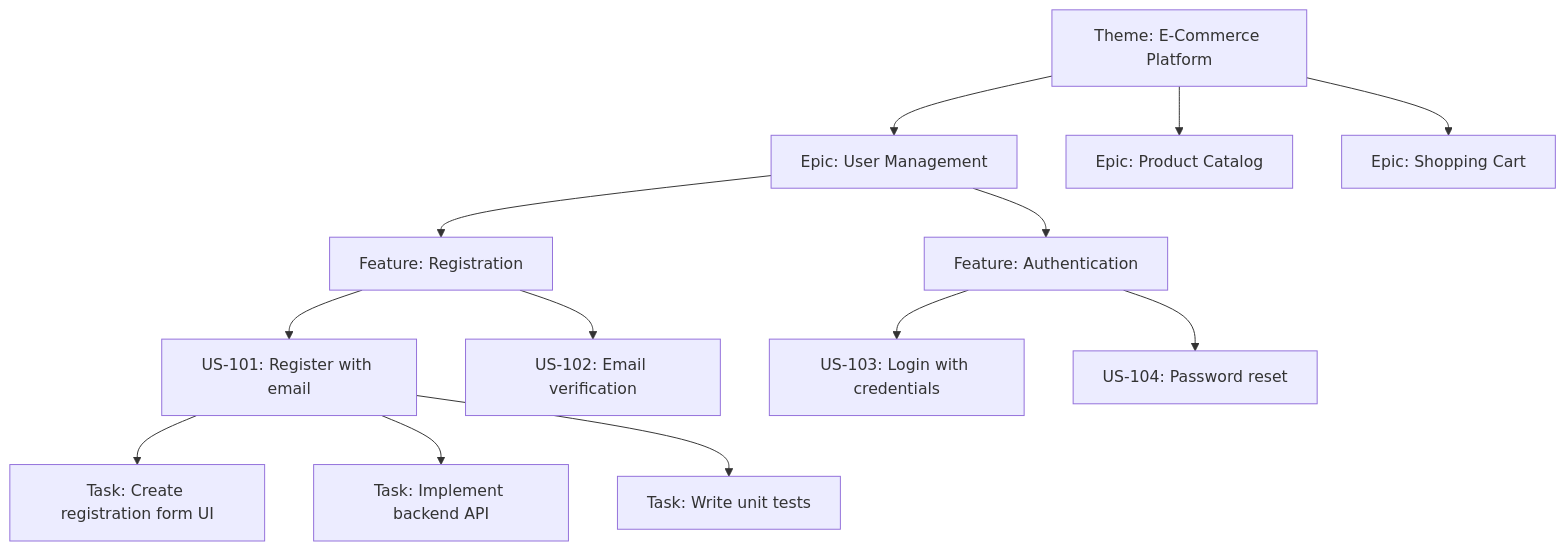
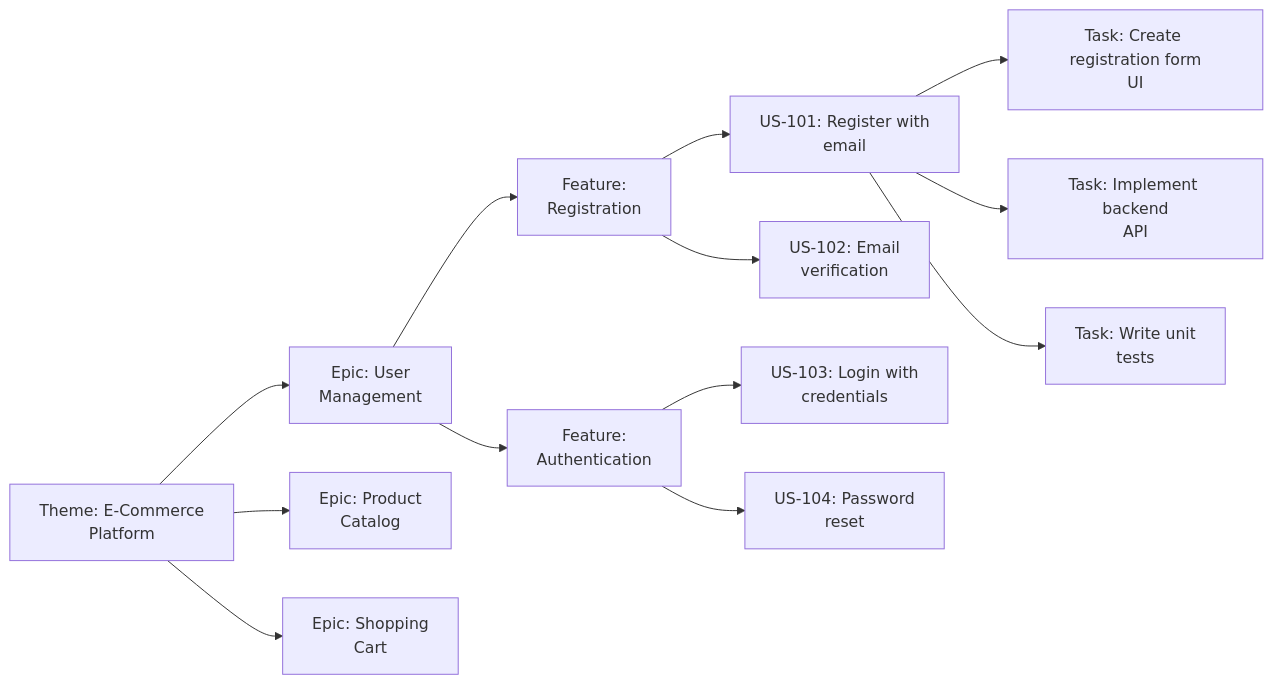
Before and after one commit to amitdevx/TY: the fourth of 4 diagrams in 02-Semester-VI/CS-371-VSC-P-Agile-Processes/Unit-1.md, drawn with Mermaid. The commit also changed other lines of this file and 65 other files, not shown here.

Commit message:
fix:graph vertical

````diff
--- a/02-Semester-VI/CS-371-VSC-P-Agile-Processes/Unit-1.md
+++ b/02-Semester-VI/CS-371-VSC-P-Agile-Processes/Unit-1.md
@@ -335,15 +335,15 @@
 ```mermaid
-graph TD
-    T[Theme: E-Commerce Platform] --> E1[Epic: User Management]
-    T --> E2[Epic: Product Catalog]
-    T --> E3[Epic: Shopping Cart]
-    E1 --> F1[Feature: Registration]
-    E1 --> F2[Feature: Authentication]
-    F1 --> US1[US-101: Register with email]
-    F1 --> US2[US-102: Email verification]
-    F2 --> US3[US-103: Login with credentials]
-    F2 --> US4[US-104: Password reset]
-    US1 --> T1[Task: Create registration form UI]
-    US1 --> T2[Task: Implement backend API]
-    US1 --> T3[Task: Write unit tests]
+graph LR
+    T[Theme: E-Commerce<br/>Platform] --> E1[Epic: User<br/>Management]
+    T --> E2[Epic: Product<br/>Catalog]
+    T --> E3[Epic: Shopping<br/>Cart]
+    E1 --> F1[Feature:<br/>Registration]
+    E1 --> F2[Feature:<br/>Authentication]
+    F1 --> US1[US-101: Register with<br/>email]
+    F1 --> US2[US-102: Email<br/>verification]
+    F2 --> US3[US-103: Login with<br/>credentials]
+    F2 --> US4[US-104: Password<br/>reset]
+    US1 --> T1[Task: Create registration form<br/>UI]
+    US1 --> T2[Task: Implement backend<br/>API]
+    US1 --> T3[Task: Write unit<br/>tests]
 ```
````
